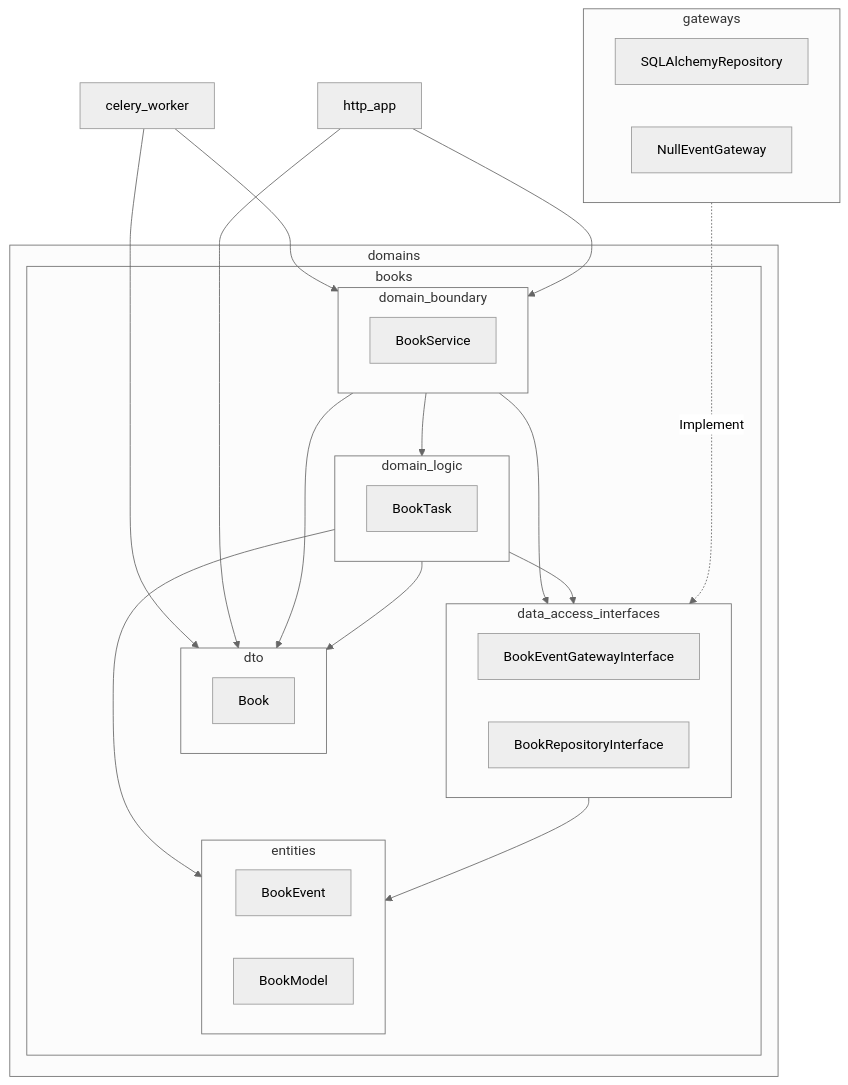
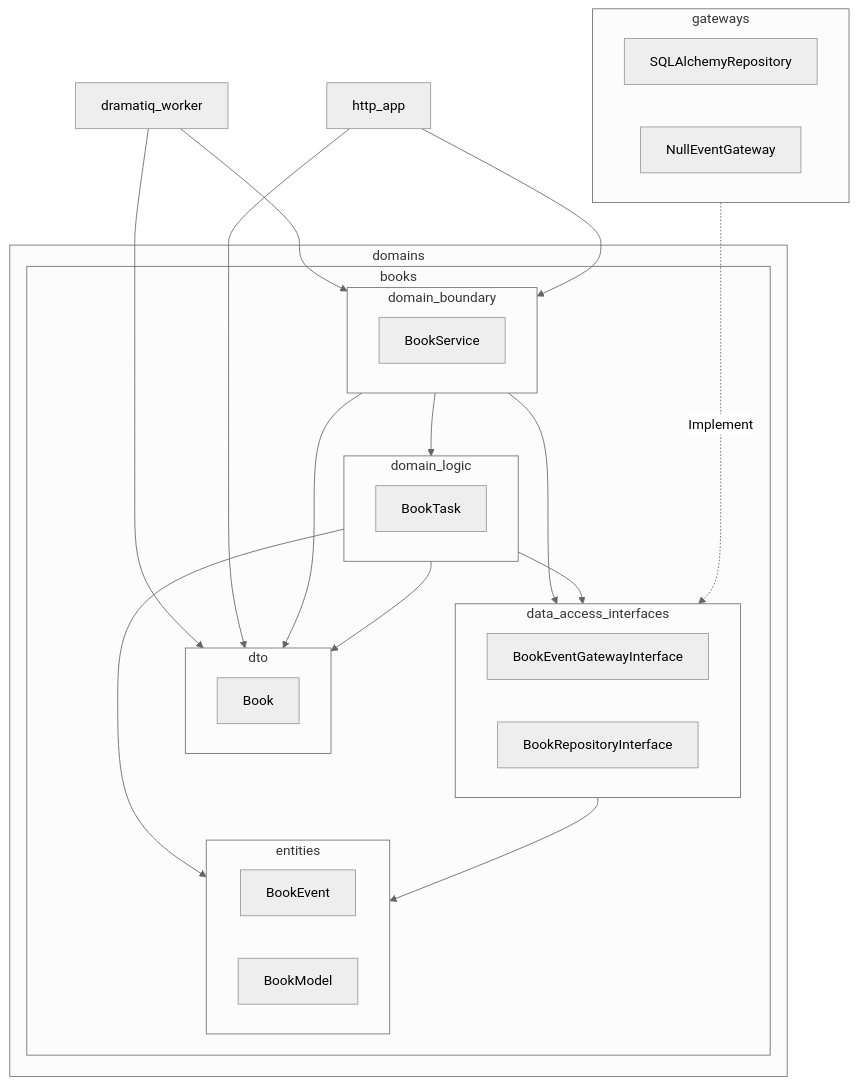
Before and after one commit to febus982/bootstrap-python-fastapi: the second of 2 diagrams in docs/architecture.md, drawn with Mermaid (neutral theme). The commit also changed other lines of this file and 29 other files, not shown here.

First line of the commit message:
Replace Celery with Dramatiq (#223)

````diff
--- a/docs/architecture.md
+++ b/docs/architecture.md
@@ -70,45 +70,45 @@
 ```mermaid
 flowchart TD
-    celery_worker
+    dramatiq_worker
     http_app
     subgraph gateways
       SQLAlchemyRepository
       NullEventGateway
     end
 
     subgraph domains
       subgraph books
         subgraph domain_boundary
             BookService
         end
         subgraph domain_logic
             BookTask
         end
         subgraph dto
             Book
         end
 
         subgraph data_access_interfaces
           BookEventGatewayInterface
           BookRepositoryInterface
         end
         subgraph entities
           BookEvent
           BookModel
         end
       end
     end
 
-    celery_worker-->domain_boundary
-    celery_worker-->dto
+    dramatiq_worker-->domain_boundary
+    dramatiq_worker-->dto
     http_app-->domain_boundary
     http_app-->dto
     domain_boundary-->domain_logic
     domain_boundary-->dto
     domain_boundary-->data_access_interfaces
     domain_logic-->entities
     domain_logic-->dto
     domain_logic-->data_access_interfaces
     gateways-...->|Implement| data_access_interfaces
     data_access_interfaces-->entities
 ```
````
